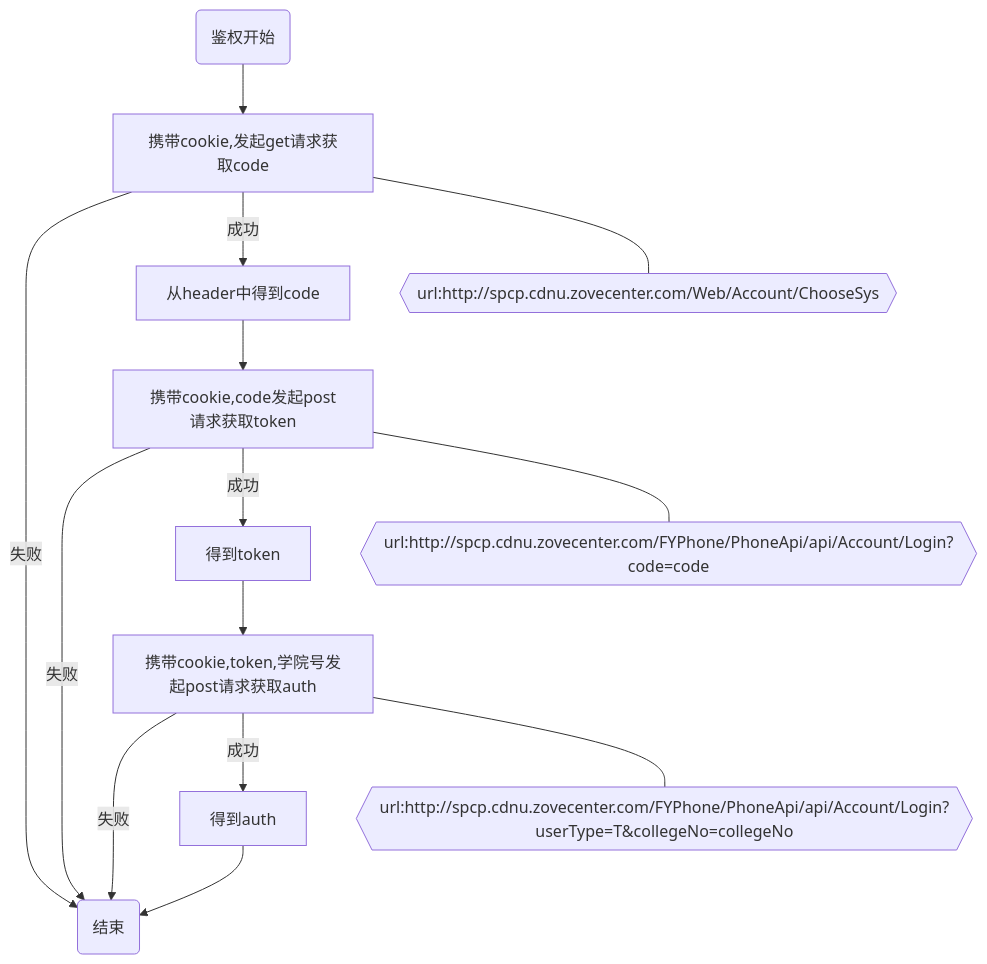
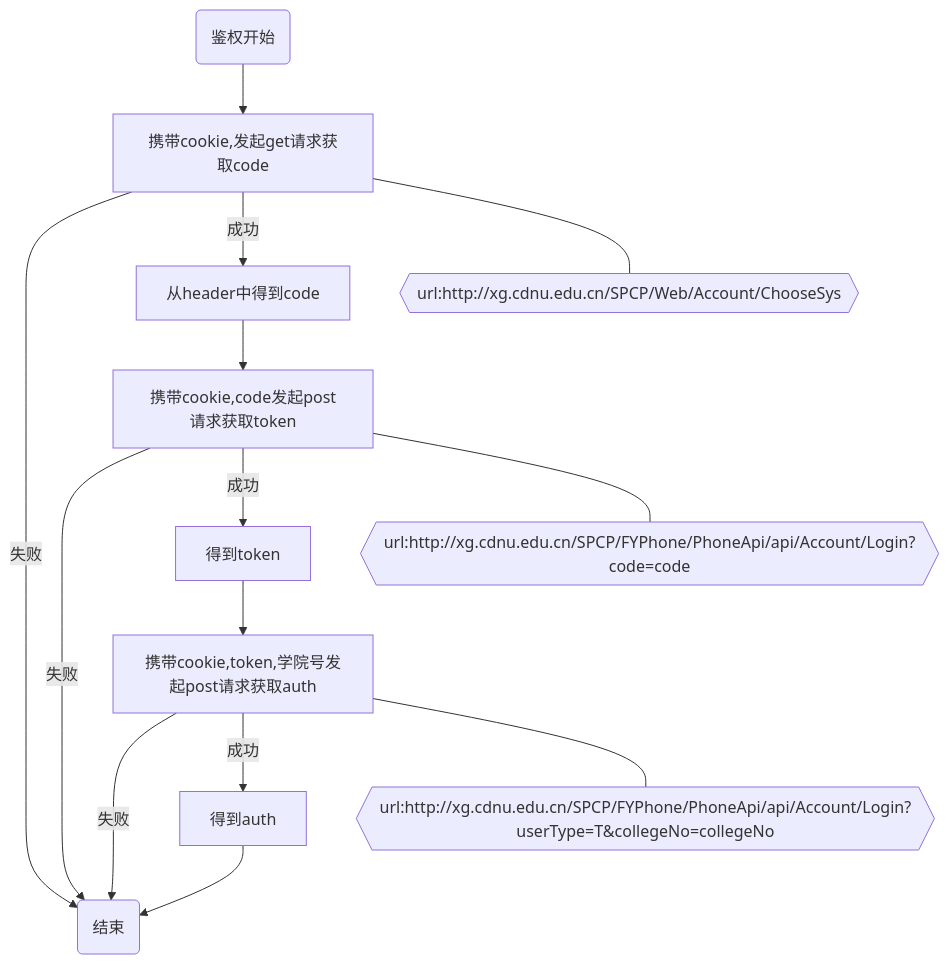
One commit to bigcyy/MiraiPlugin changed the second of 3 diagrams in README.md. Above: the diagram before and after it, drawn with Mermaid. The commit also changed 2 other files, not shown here.

Commit message:
修改ui

````diff
--- a/README.md
+++ b/README.md
@@ -218,13 +218,13 @@
 ```mermaid
 graph TB
 start(鉴权开始)-->a[携带cookie,发起get请求获取code]
 a--失败-->close(结束)
 a--成功-->从header中得到code-->b[携带cookie,code发起post请求获取token]
 b--失败-->close
 b--成功-->得到token-->c[携带cookie,token,学院号发起post请求获取auth]
 c--失败-->close
 c--成功-->得到auth-->close
-a---url1{{url:http://spcp.cdnu.zovecenter.com/Web/Account/ChooseSys}}
-b---url2{{url:http://spcp.cdnu.zovecenter.com/FYPhone/PhoneApi/api/Account/Login?code=code}}
-c---url3{{url:http://spcp.cdnu.zovecenter.com/FYPhone/PhoneApi/api/Account/Login?userType=T&collegeNo=collegeNo}}
+a---url1{{url:http://xg.cdnu.edu.cn/SPCP/Web/Account/ChooseSys}}
+b---url2{{url:http://xg.cdnu.edu.cn/SPCP/FYPhone/PhoneApi/api/Account/Login?code=code}}
+c---url3{{url:http://xg.cdnu.edu.cn/SPCP/FYPhone/PhoneApi/api/Account/Login?userType=T&collegeNo=collegeNo}}
 ```
````
